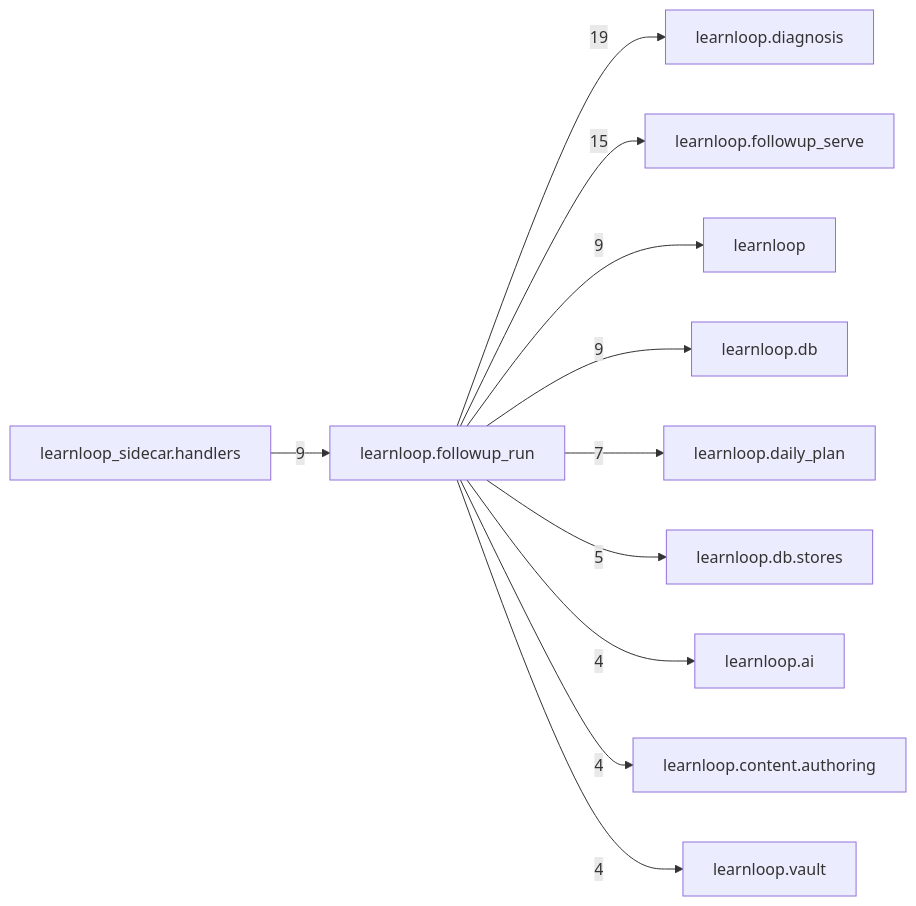
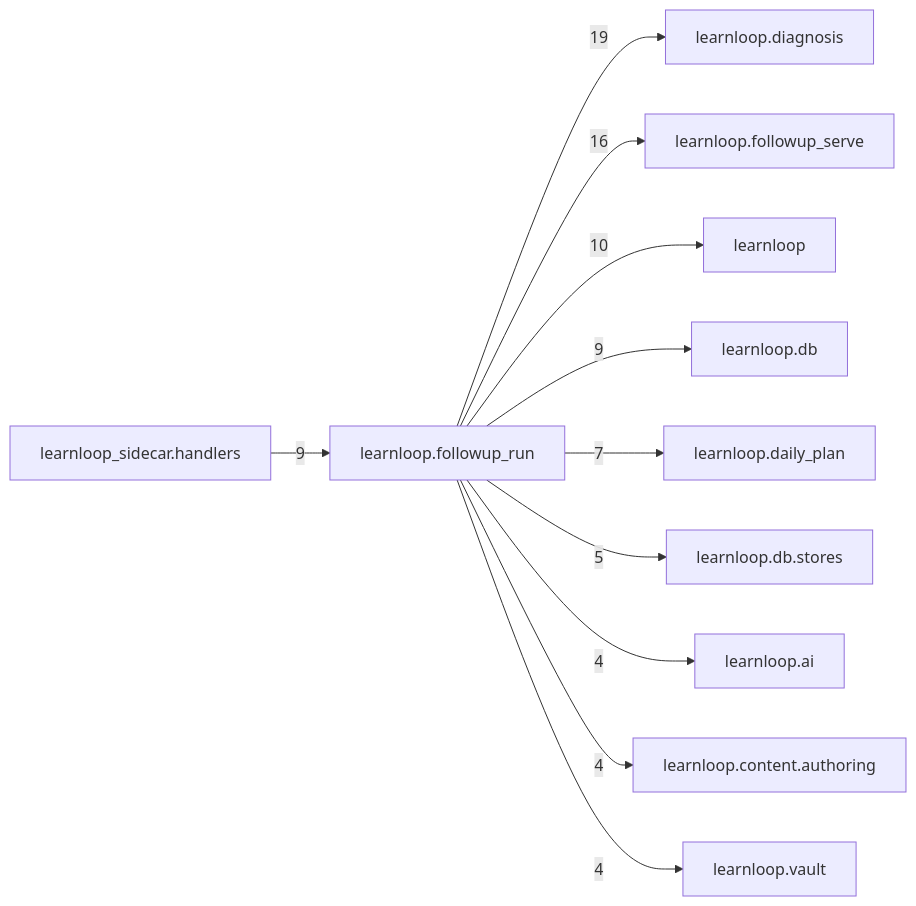
The diagram in docs/learnloop-architecture-vault/Reference/Modules/learnloop/followup_run/_package.md (6up-b/learnanything), drawn with Mermaid before and after one commit. The commit also changed other lines of this file and 533 other files, not shown here.

````diff
--- a/docs/learnloop-architecture-vault/Reference/Modules/learnloop/followup_run/_package.md
+++ b/docs/learnloop-architecture-vault/Reference/Modules/learnloop/followup_run/_package.md
@@ -100,24 +100,24 @@
 ```mermaid
 flowchart LR
     center["learnloop.followup_run"]
     n_learnloop_diagnosis["learnloop.diagnosis"]
     n_learnloop_followup_serve["learnloop.followup_serve"]
     n_learnloop["learnloop"]
     n_learnloop_db["learnloop.db"]
     n_learnloop_sidecar_handlers["learnloop_sidecar.handlers"]
     n_learnloop_daily_plan["learnloop.daily_plan"]
     n_learnloop_db_stores["learnloop.db.stores"]
     n_learnloop_ai["learnloop.ai"]
     n_learnloop_content_authoring["learnloop.content.authoring"]
     n_learnloop_vault["learnloop.vault"]
     center -->|19| n_learnloop_diagnosis
-    center -->|15| n_learnloop_followup_serve
-    center -->|9| n_learnloop
+    center -->|16| n_learnloop_followup_serve
+    center -->|10| n_learnloop
     center -->|9| n_learnloop_db
     n_learnloop_sidecar_handlers -->|9| center
     center -->|7| n_learnloop_daily_plan
     center -->|5| n_learnloop_db_stores
     center -->|4| n_learnloop_ai
     center -->|4| n_learnloop_content_authoring
     center -->|4| n_learnloop_vault
 ```
````
